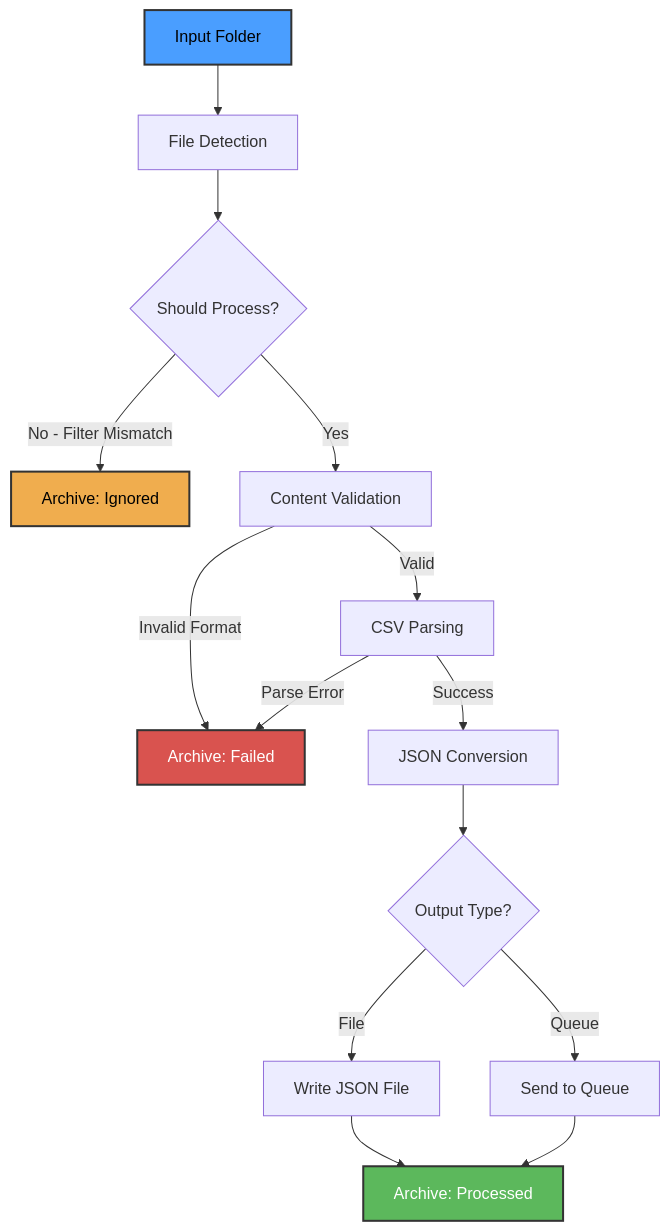
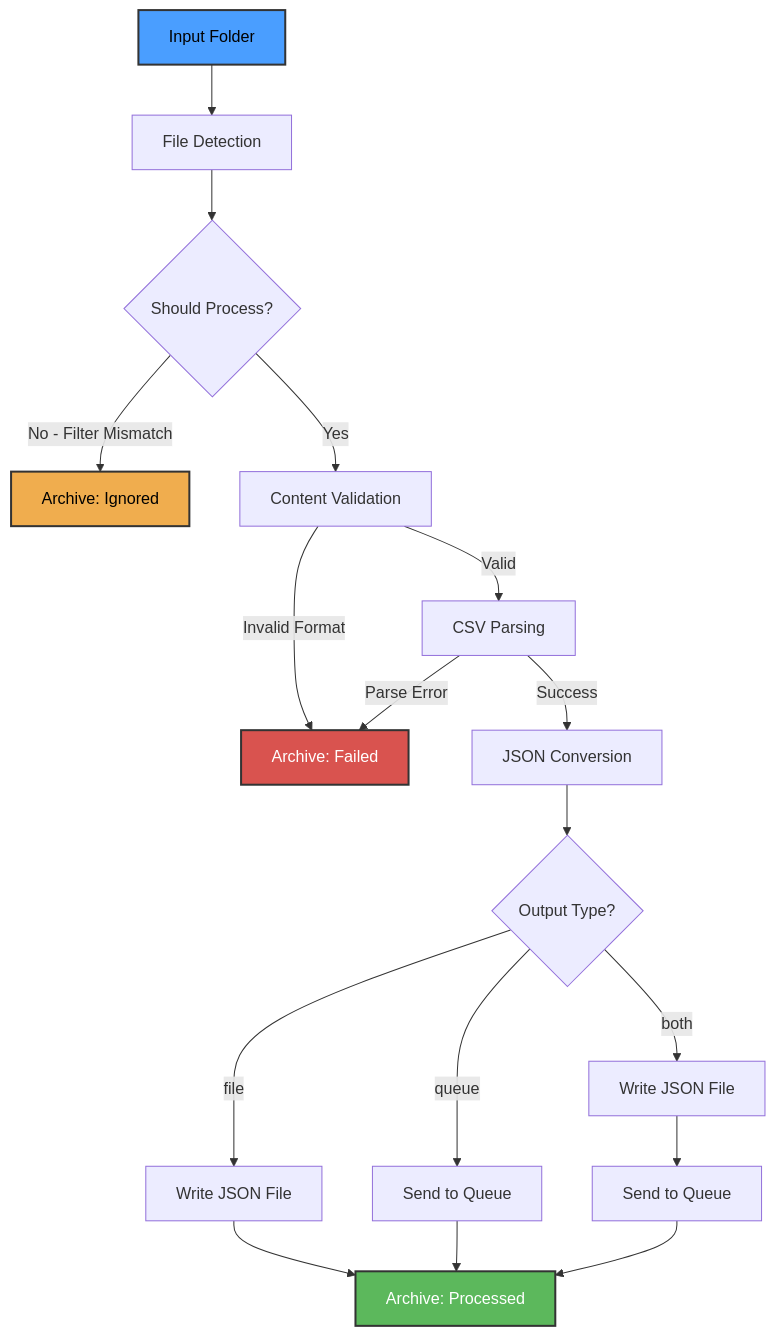
One commit to techie2000/csv2json changed the first of 2 diagrams in README.md. Above: the diagram before and after it, drawn with Mermaid. The commit also changed other lines of this file and 2 other files, not shown here.

````diff
--- a/README.md
+++ b/README.md
@@ -37,21 +37,24 @@
 ```mermaid
 flowchart TD
     A[Input Folder] --> B[File Detection]
     B --> C{Should Process?}
     C -->|No - Filter Mismatch| D1[Archive: Ignored]
     C -->|Yes| E[Content Validation]
     E -->|Invalid Format| D2[Archive: Failed]
     E -->|Valid| F[CSV Parsing]
     F -->|Parse Error| D2
     F -->|Success| G[JSON Conversion]
     G --> H{Output Type?}
-    H -->|File| I[Write JSON File]
-    H -->|Queue| J[Send to Queue]
-    I --> K[Archive: Processed]
-    J --> K
+    H -->|file| I[Write JSON File]
+    H -->|queue| J[Send to Queue]
+    H -->|both| K1[Write JSON File]
+    K1 --> K2[Send to Queue]
+    I --> L[Archive: Processed]
+    J --> L
+    K2 --> L
     
     style A fill:#4a9eff,stroke:#333,stroke-width:2px,color:#000
-    style K fill:#5cb85c,stroke:#333,stroke-width:2px,color:#fff
+    style L fill:#5cb85c,stroke:#333,stroke-width:2px,color:#fff
     style D1 fill:#f0ad4e,stroke:#333,stroke-width:2px,color:#000
     style D2 fill:#d9534f,stroke:#333,stroke-width:2px,color:#fff
 ```
````
